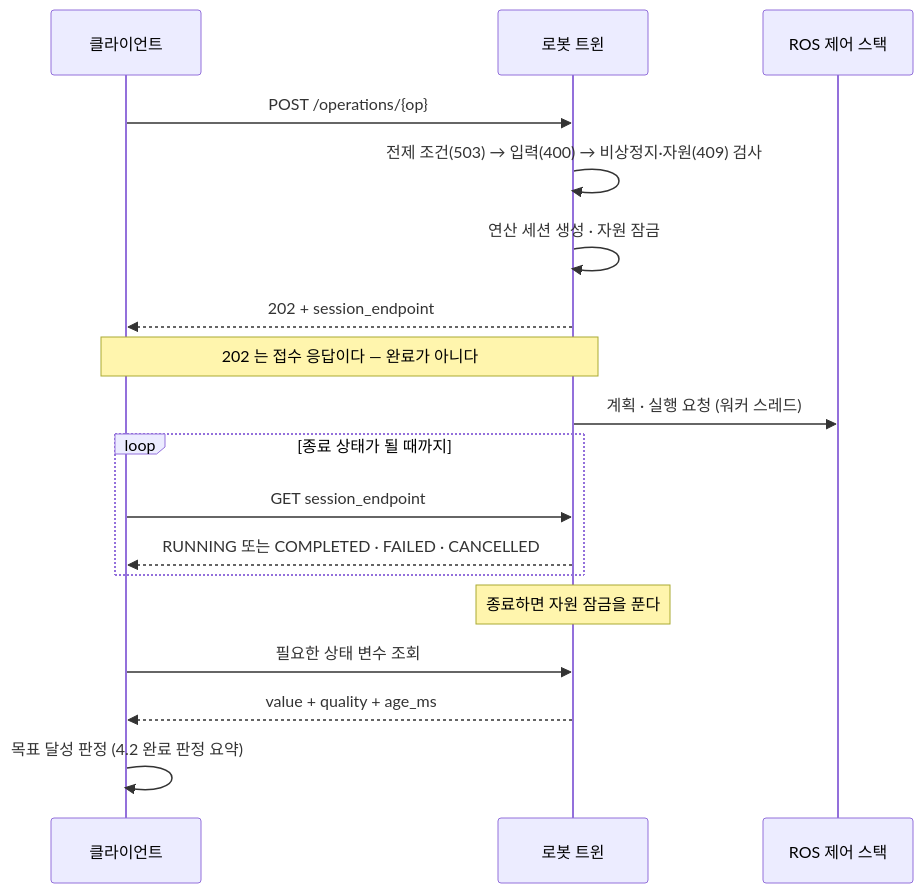
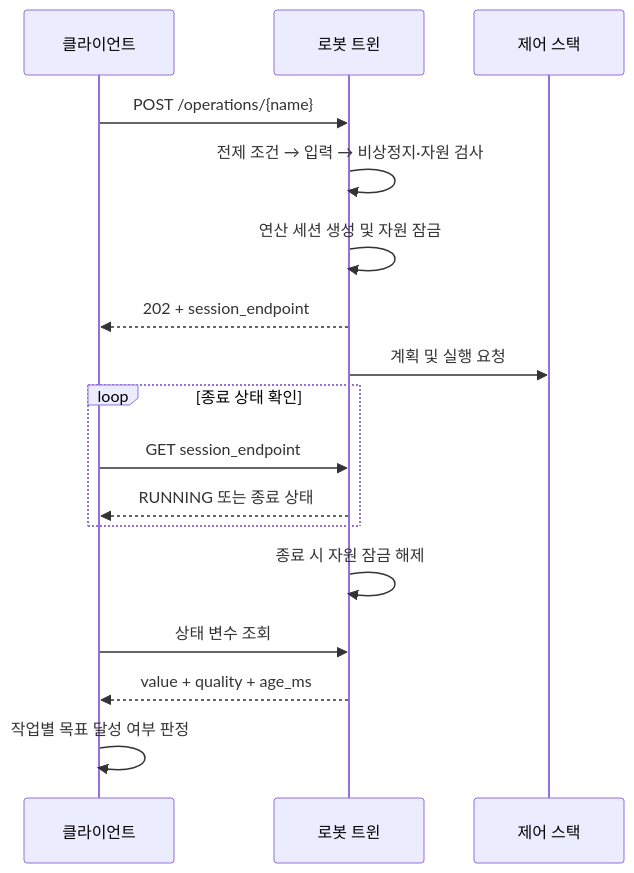
The third of 5 diagrams in docs/twin/로봇_트윈_사용자_가이드.md (kwlee0220/rdfp_ws), drawn with Mermaid before and after one commit. The commit also changed other lines of this file and 214 other files, not shown here.

````diff
--- a/docs/twin/로봇_트윈_사용자_가이드.md
+++ b/docs/twin/로봇_트윈_사용자_가이드.md
@@ -417,21 +426,19 @@
 ```mermaid
 sequenceDiagram
     participant C as 클라이언트
     participant T as 로봇 트윈
-    participant R as ROS 제어 스택
-
-    C->>T: POST /operations/{op}
-    T->>T: 전제 조건(503) → 입력(400) → 비상정지·자원(409) 검사
-    T->>T: 연산 세션 생성 · 자원 잠금
+    participant R as 제어 스택
+    C->>T: POST /operations/{name}
+    T->>T: 전제 조건 → 입력 → 비상정지·자원 검사
+    T->>T: 연산 세션 생성 및 자원 잠금
     T-->>C: 202 + session_endpoint
-    Note over C,T: 202 는 접수 응답이다 — 완료가 아니다
-    T->>R: 계획 · 실행 요청 (워커 스레드)
-    loop 종료 상태가 될 때까지
+    T->>R: 계획 및 실행 요청
+    loop 종료 상태 확인
         C->>T: GET session_endpoint
-        T-->>C: RUNNING 또는 COMPLETED · FAILED · CANCELLED
+        T-->>C: RUNNING 또는 종료 상태
     end
-    Note over T: 종료하면 자원 잠금을 푼다
-    C->>T: 필요한 상태 변수 조회
+    T->>T: 종료 시 자원 잠금 해제
+    C->>T: 상태 변수 조회
     T-->>C: value + quality + age_ms
-    C->>C: 목표 달성 판정 (4.2 완료 판정 요약)
+    C->>C: 작업별 목표 달성 여부 판정
 ```
````
